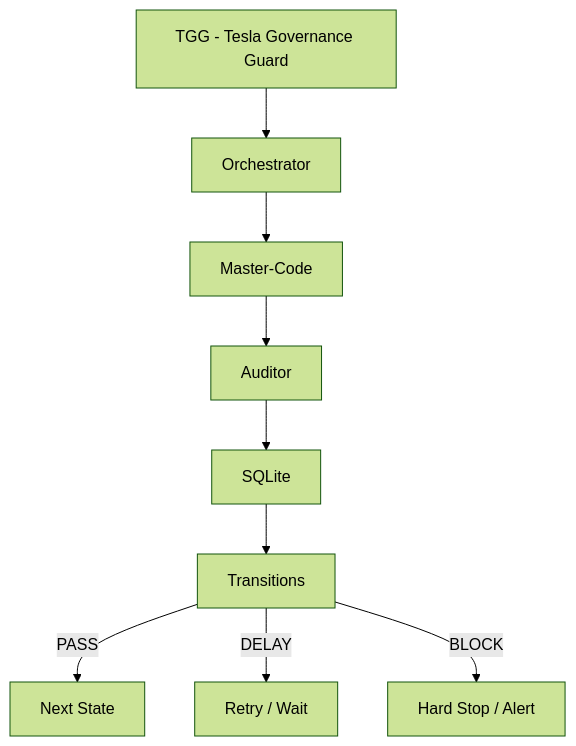
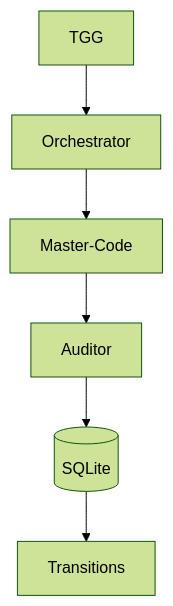
The diagram in 28-Loop-Engineering/README.md (lordmahonheim-bot/Tesla-Antigravity-CLI), drawn with Mermaid (forest theme) before and after one commit. The commit also changed other lines of this file and 3735 other files, not shown here.

````diff
--- a/28-Loop-Engineering/README.md
+++ b/28-Loop-Engineering/README.md
@@ -10,11 +7,8 @@
 ```mermaid
 graph TD
-    A[TGG - Tesla Governance Guard] --> B[Orchestrator]
-    B --> C[Master-Code]
-    C --> D[Auditor]
-    D --> E[SQLite]
-    E --> F[Transitions]
-    F --> |PASS| G[Next State]
-    F --> |DELAY| H[Retry / Wait]
-    F --> |BLOCK| I[Hard Stop / Alert]
+    TGG[TGG] --> Orch[Orchestrator]
+    Orch --> MC[Master-Code]
+    MC --> Auditor[Auditor]
+    Auditor --> DB[(SQLite)]
+    DB --> Trans[Transitions]
 ```
````
